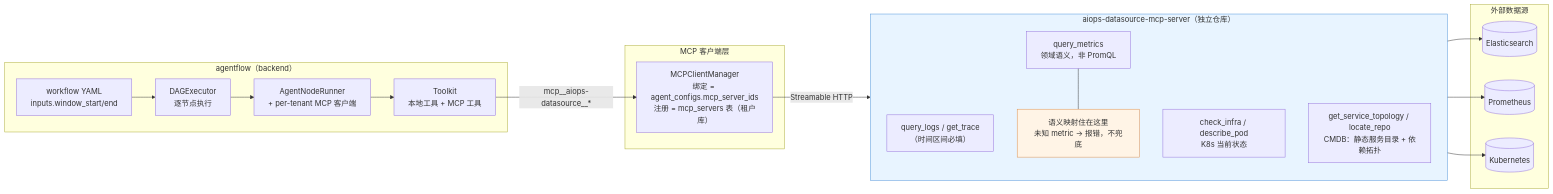
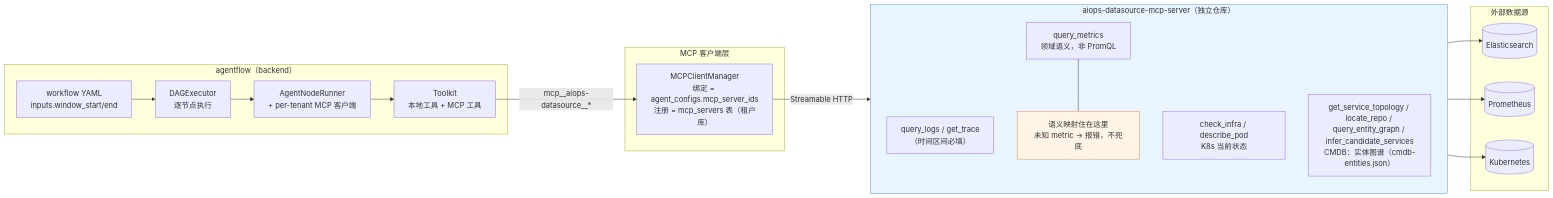
Before and after one commit to aiops-platform/multi-agent-workflow: the second of 2 diagrams in docs/design-v5.6.md, drawn with Mermaid. The commit also changed other lines of this file and 4 other files, not shown here.

````diff
--- a/docs/design-v5.6.md
+++ b/docs/design-v5.6.md
@@ -164,39 +164,39 @@
 ```mermaid
 flowchart LR
     subgraph AF["agentflow（backend）"]
         WF["workflow YAML<br/>inputs.window_start/end"]
         EX["DAGExecutor<br/>逐节点执行"]
         RN["AgentNodeRunner<br/>+ per-tenant MCP 客户端"]
         TK["Toolkit<br/>本地工具 + MCP 工具"]
         WF --> EX --> RN --> TK
     end
 
     subgraph MCPC["MCP 客户端层"]
         MM["MCPClientManager<br/>绑定 = agent_configs.mcp_server_ids<br/>注册 = mcp_servers 表（租户库）"]
     end
 
     subgraph SRV["aiops-datasource-mcp-server（独立仓库）"]
         direction TB
         T1["query_logs / get_trace<br/>（时间区间必填）"]
         T2["query_metrics<br/>领域语义，非 PromQL"]
         T3["check_infra / describe_pod<br/>K8s 当前状态"]
-        T4["get_service_topology / locate_repo<br/>CMDB：静态服务目录 + 依赖拓扑"]
+        T4["get_service_topology / locate_repo / query_entity_graph / infer_candidate_services<br/>CMDB：实体图谱（cmdb-entities.json）"]
         PMAP["语义映射住在这里<br/>未知 metric → 报错，不兜底"]
         T2 --- PMAP
     end
 
     subgraph EXT["外部数据源"]
         ES[("Elasticsearch")]
         PM[("Prometheus")]
         K8S[("Kubernetes")]
     end
 
     TK -->|"mcp__aiops-datasource__*"| MM
     MM -->|Streamable HTTP| SRV
     T1 --> ES
     T2 --> PM
     T3 --> K8S
 
     style SRV fill:#e8f4ff,stroke:#4a90d9
     style PMAP fill:#fff4e6,stroke:#d98b4a
 ```
````
